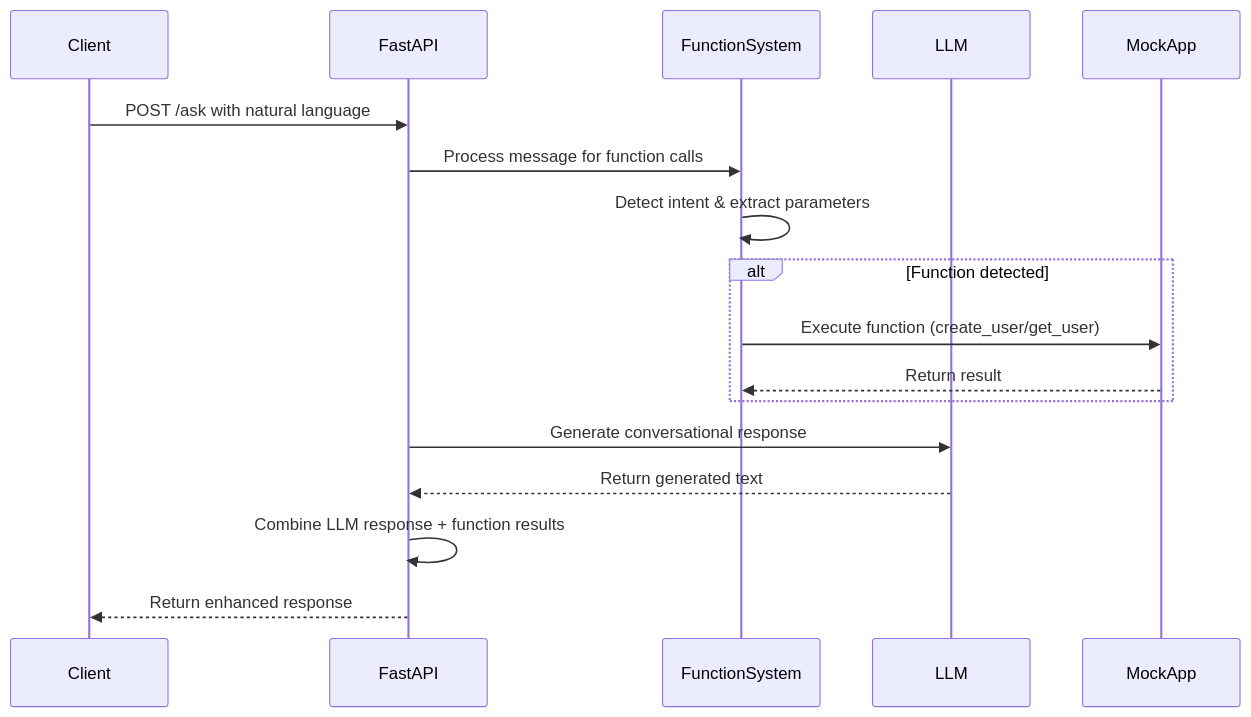
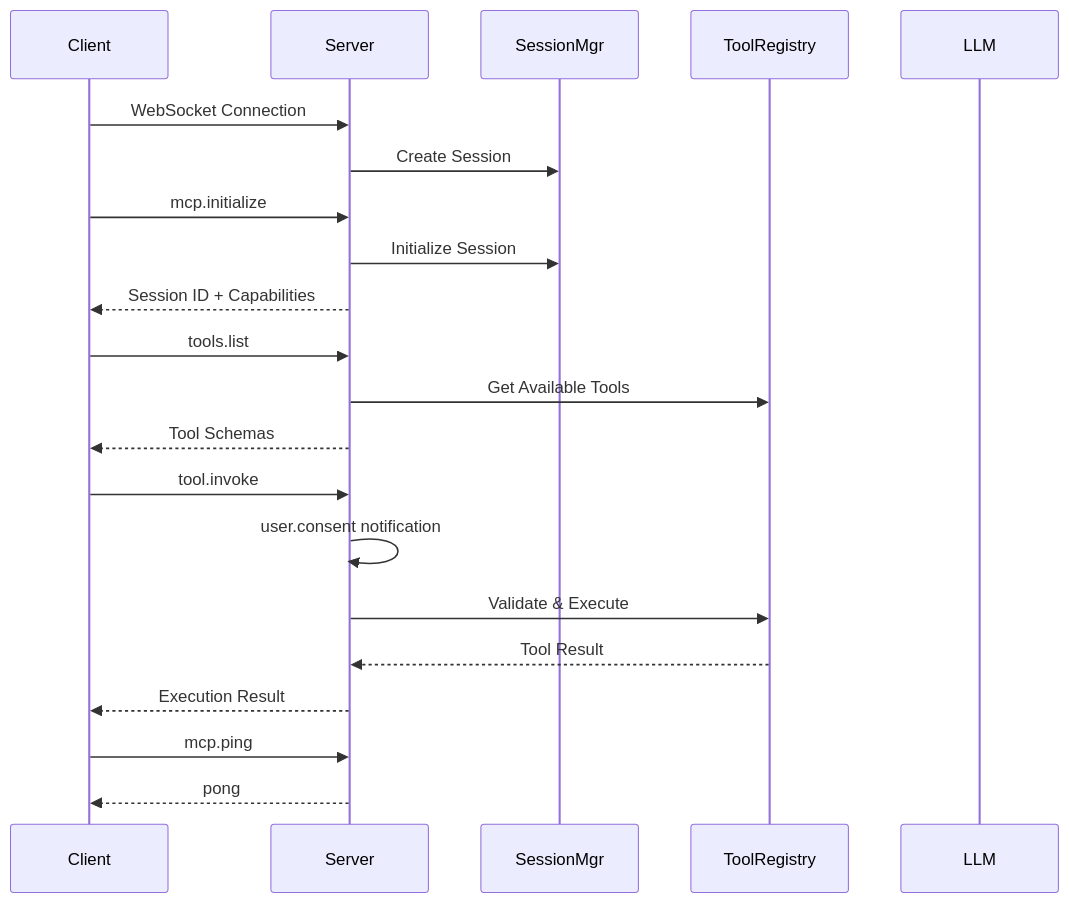
Before and after one commit to nobody-qwert/mcp_demo: the second of 3 diagrams in README.md, drawn with Mermaid. The commit also changed other lines of this file and 10 other files, not shown here.

First line of the commit message:
v2.0.0: Complete refactoring to MCP-compliant WebSocket server

````diff
--- a/README.md
+++ b/README.md
@@ -49,23 +48,28 @@
 ```mermaid
 sequenceDiagram
     participant Client
-    participant FastAPI
-    participant FunctionSystem
+    participant Server
+    participant SessionMgr
+    participant ToolRegistry
     participant LLM
-    participant MockApp
     
-    Client->>FastAPI: POST /ask with natural language
-    FastAPI->>FunctionSystem: Process message for function calls
-    FunctionSystem->>FunctionSystem: Detect intent & extract parameters
+    Client->>Server: WebSocket Connection
+    Server->>SessionMgr: Create Session
     
-    alt Function detected
-        FunctionSystem->>MockApp: Execute function (create_user/get_user)
-        MockApp-->>FunctionSystem: Return result
-    end
+    Client->>Server: mcp.initialize
+    Server->>SessionMgr: Initialize Session
+    Server-->>Client: Session ID + Capabilities
     
-    FastAPI->>LLM: Generate conversational response
-    LLM-->>FastAPI: Return generated text
+    Client->>Server: tools.list
+    Server->>ToolRegistry: Get Available Tools
+    Server-->>Client: Tool Schemas
     
-    FastAPI->>FastAPI: Combine LLM response + function results
-    FastAPI-->>Client: Return enhanced response
+    Client->>Server: tool.invoke
+    Server->>Server: user.consent notification
+    Server->>ToolRegistry: Validate & Execute
+    ToolRegistry-->>Server: Tool Result
+    Server-->>Client: Execution Result
+    
+    Client->>Server: mcp.ping
+    Server-->>Client: pong
 ```
````
